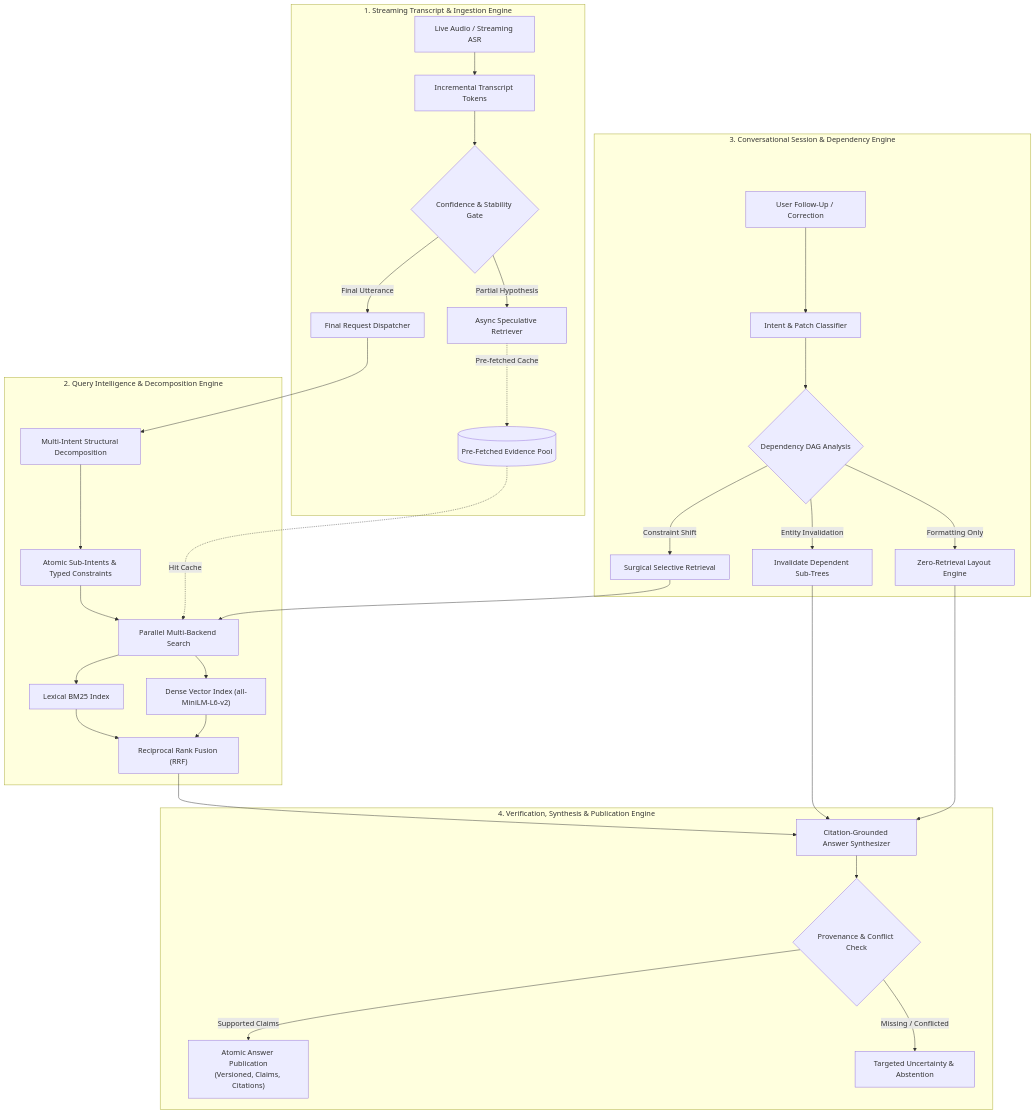
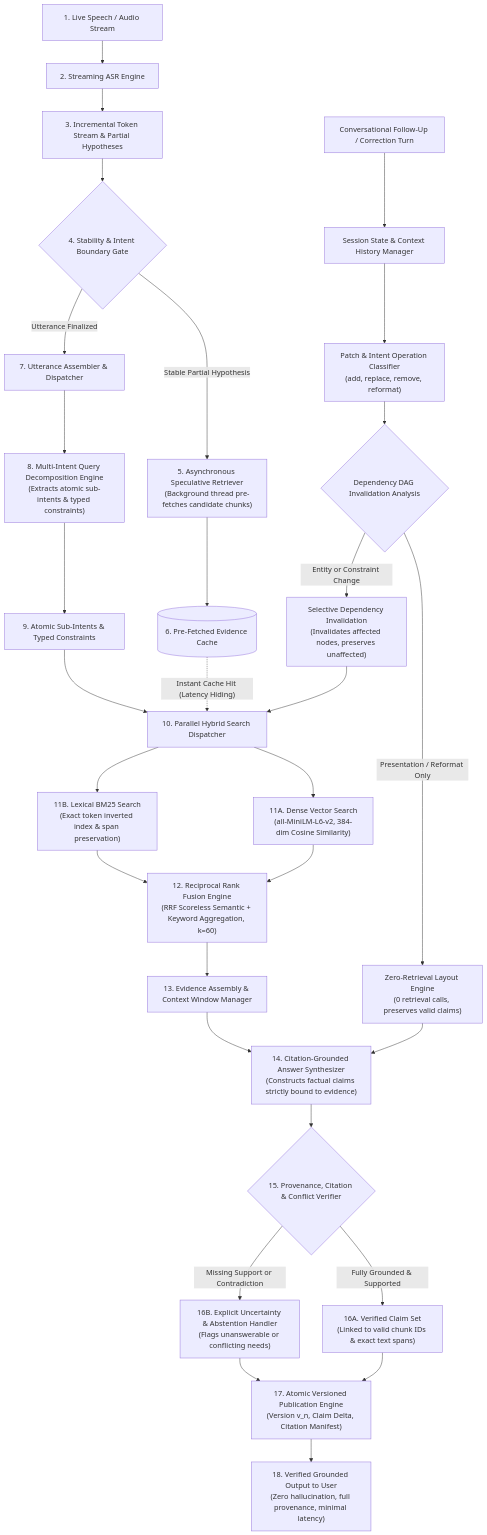
Before and after one commit to Madhumasa84/Samsung_Prism: the diagram in README.md, drawn with Mermaid. The commit also changed other lines of this file and 5 other files, not shown here.

First line of the commit message:
Remove phase checklists and expand top-to-bottom architecture diagram in README

````diff
--- a/README.md
+++ b/README.md
@@ -51,38 +57,50 @@
 ```mermaid
 flowchart TD
-    subgraph StreamLayer["1. Streaming Transcript & Ingestion Engine"]
-        Audio["Live Audio / Streaming ASR"] --> TokenStream["Incremental Transcript Tokens"]
-        TokenStream --> Gate{"Confidence & Stability Gate"}
-        Gate -->|"Partial Hypothesis"| EarlyRet["Async Speculative Retriever"]
-        Gate -->|"Final Utterance"| FinalReq["Final Request Dispatcher"]
-        EarlyRet -.->|"Pre-fetched Cache"| EvidencePool[("Pre-Fetched Evidence Pool")]
-    end
-
-    subgraph QueryIntel["2. Query Intelligence & Decomposition Engine"]
-        FinalReq --> IntentDecomp["Multi-Intent Structural Decomposition"]
-        IntentDecomp --> SubIntents["Atomic Sub-Intents & Typed Constraints"]
-        SubIntents --> HybridRet["Parallel Multi-Backend Search"]
-        EvidencePool -.->|"Hit Cache"| HybridRet
-        HybridRet --> BM25["Lexical BM25 Index"]
-        HybridRet --> DenseVec["Dense Vector Index (all-MiniLM-L6-v2)"]
-        BM25 & DenseVec --> RRF["Reciprocal Rank Fusion (RRF)"]
-    end
-
-    subgraph StateUpdate["3. Conversational Session & Dependency Engine"]
-        FollowUp["User Follow-Up / Correction"] --> PatchClassifier["Intent & Patch Classifier"]
-        PatchClassifier --> DepDAG{"Dependency DAG Analysis"}
-        DepDAG -->|"Entity Invalidation"| InvalidateClaims["Invalidate Dependent Sub-Trees"]
-        DepDAG -->|"Formatting Only"| ZeroRet["Zero-Retrieval Layout Engine"]
-        DepDAG -->|"Constraint Shift"| SurgicalRet["Surgical Selective Retrieval"]
-        SurgicalRet --> HybridRet
-    end
-
-    subgraph SynthesisLayer["4. Verification, Synthesis & Publication Engine"]
-        RRF --> Synthesizer["Citation-Grounded Answer Synthesizer"]
-        InvalidateClaims --> Synthesizer
-        ZeroRet --> Synthesizer
-        Synthesizer --> Verifier{"Provenance & Conflict Check"}
-        Verifier -->|"Supported Claims"| Pub["Atomic Answer Publication\n(Versioned, Claims, Citations)"]
-        Verifier -->|"Missing / Conflicted"| Uncertainty["Targeted Uncertainty & Abstention"]
-    end
+    %% 1. Ingestion & Audio Stream Layer
+    In1["1. Live Speech / Audio Stream"] --> In2["2. Streaming ASR Engine"]
+    In2 --> In3["3. Incremental Token Stream & Partial Hypotheses"]
+    
+    %% 2. Stability & Speculative Fast Path
+    In3 --> Gate1{"4. Stability & Intent Boundary Gate"}
+    Gate1 -->|"Stable Partial Hypothesis"| Spec1["5. Asynchronous Speculative Retriever\n(Background thread pre-fetches candidate chunks)"]
+    Spec1 --> Cache1[("6. Pre-Fetched Evidence Cache")]
+    
+    %% 3. Utterance Finalization & Decomposition
+    Gate1 -->|"Utterance Finalized"| Decomp1["7. Utterance Assembler & Dispatcher"]
+    Decomp1 --> Decomp2["8. Multi-Intent Query Decomposition Engine\n(Extracts atomic sub-intents & typed constraints)"]
+    Decomp2 --> SubIntents["9. Atomic Sub-Intents & Typed Constraints"]
+    
+    %% 4. Conversational State & Dependency DAG
+    FollowUp["Conversational Follow-Up / Correction Turn"] --> Sess1["Session State & Context History Manager"]
+    Sess1 --> Patch1["Patch & Intent Operation Classifier\n(add, replace, remove, reformat)"]
+    Patch1 --> DAG1{"Dependency DAG Invalidation Analysis"}
+    DAG1 -->|"Presentation / Reformat Only"| ZeroRet["Zero-Retrieval Layout Engine\n(0 retrieval calls, preserves valid claims)"]
+    DAG1 -->|"Entity or Constraint Change"| Inval1["Selective Dependency Invalidation\n(Invalidates affected nodes, preserves unaffected)"]
+    
+    %% 5. Parallel Hybrid Retrieval
+    SubIntents --> RetDispatch["10. Parallel Hybrid Search Dispatcher"]
+    Inval1 --> RetDispatch
+    Cache1 -.->|"Instant Cache Hit (Latency Hiding)"| RetDispatch
+    
+    RetDispatch --> DenseSearch["11A. Dense Vector Search\n(all-MiniLM-L6-v2, 384-dim Cosine Similarity)"]
+    RetDispatch --> LexSearch["11B. Lexical BM25 Search\n(Exact token inverted index & span preservation)"]
+    
+    %% 6. Reciprocal Rank Fusion
+    DenseSearch --> RRF["12. Reciprocal Rank Fusion Engine\n(RRF Scoreless Semantic + Keyword Aggregation, k=60)"]
+    LexSearch --> RRF
+    
+    %% 7. Evidence Assembly & Grounded Synthesis
+    RRF --> ContextAssy["13. Evidence Assembly & Context Window Manager"]
+    ContextAssy --> Synth1["14. Citation-Grounded Answer Synthesizer\n(Constructs factual claims strictly bound to evidence)"]
+    ZeroRet --> Synth1
+    
+    %% 8. Provenance & Contradiction Verification
+    Synth1 --> VerifGate{"15. Provenance, Citation & Conflict Verifier"}
+    VerifGate -->|"Fully Grounded & Supported"| ValidClaims["16A. Verified Claim Set\n(Linked to valid chunk IDs & exact text spans)"]
+    VerifGate -->|"Missing Support or Contradiction"| UncertHandler["16B. Explicit Uncertainty & Abstention Handler\n(Flags unanswerable or conflicting needs)"]
+    
+    %% 9. Atomic Versioned Delivery
+    ValidClaims --> Pub["17. Atomic Versioned Publication Engine\n(Version v_n, Claim Delta, Citation Manifest)"]
+    UncertHandler --> Pub
+    Pub --> FinalOut["18. Verified Grounded Output to User\n(Zero hallucination, full provenance, minimal latency)"]
 ```
````
